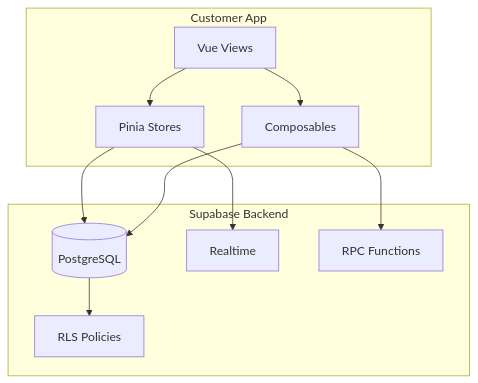
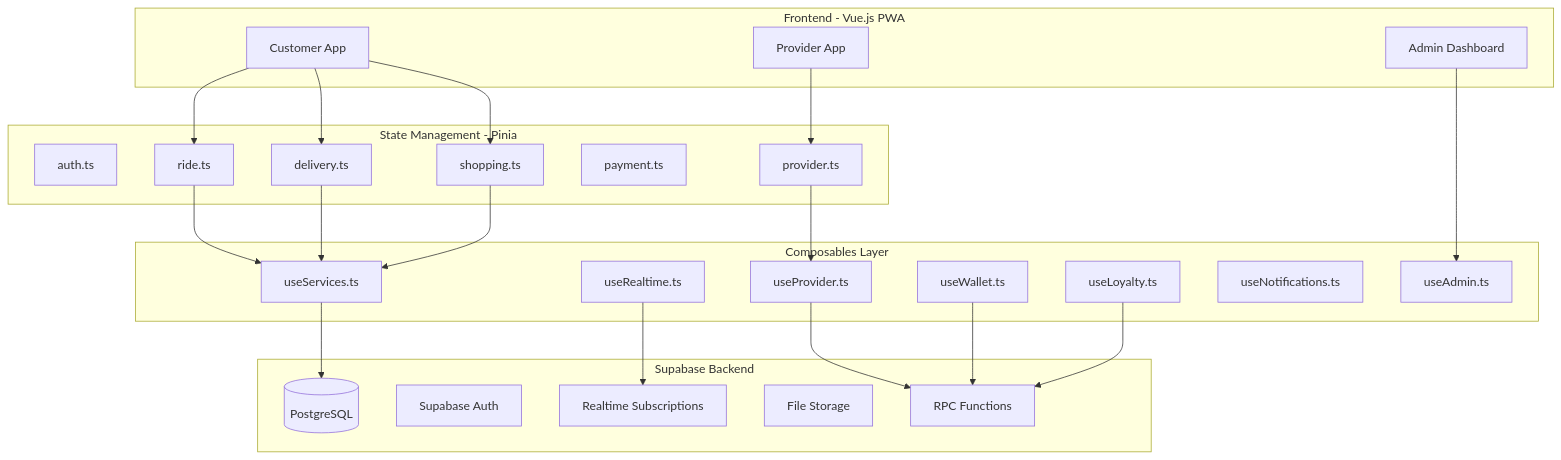
Before and after one commit to immerspwada/deliber: the second of 2 diagrams in .kiro/specs/full-functionality-integration/design.md, drawn with Mermaid. The commit also changed other lines of this file and 30 other files, not shown here.

First line of the commit message:
fix: resolve 75+ TypeScript build errors across composables and views

````diff
--- a/.kiro/specs/full-functionality-integration/design.md
+++ b/.kiro/specs/full-functionality-integration/design.md
@@ -20,23 +26,52 @@
 ```mermaid
 graph TB
-    subgraph "Customer App"
-        View[Vue Views]
-        Store[Pinia Stores]
-        Composable[Composables]
+    subgraph "Frontend - Vue.js PWA"
+        Customer[Customer App]
+        Provider[Provider App]
+        Admin[Admin Dashboard]
+    end
+    
+    subgraph "State Management - Pinia"
+        AuthStore[auth.ts]
+        RideStore[ride.ts]
+        DeliveryStore[delivery.ts]
+        ShoppingStore[shopping.ts]
+        PaymentStore[payment.ts]
+        ProviderStore[provider.ts]
+    end
+    
+    subgraph "Composables Layer"
+        UseProvider[useProvider.ts]
+        UseServices[useServices.ts]
+        UseWallet[useWallet.ts]
+        UseLoyalty[useLoyalty.ts]
+        UseRealtime[useRealtime.ts]
+        UseNotifications[useNotifications.ts]
+        UseAdmin[useAdmin.ts]
     end
     
     subgraph "Supabase Backend"
         DB[(PostgreSQL)]
-        RT[Realtime]
+        Auth[Supabase Auth]
+        Realtime[Realtime Subscriptions]
+        Storage[File Storage]
         RPC[RPC Functions]
-        RLS[RLS Policies]
     end
     
-    View --> Store
-    View --> Composable
-    Store --> DB
-    Composable --> DB
-    Store --> RT
-    Composable --> RPC
-    DB --> RLS
+    Customer --> RideStore
+    Customer --> DeliveryStore
+    Customer --> ShoppingStore
+    Provider --> ProviderStore
+    Admin --> UseAdmin
+    
+    RideStore --> UseServices
+    DeliveryStore --> UseServices
+    ShoppingStore --> UseServices
+    ProviderStore --> UseProvider
+    
+    UseServices --> DB
+    UseProvider --> RPC
+    UseWallet --> RPC
+    UseLoyalty --> RPC
+    UseRealtime --> Realtime
 ```
````
